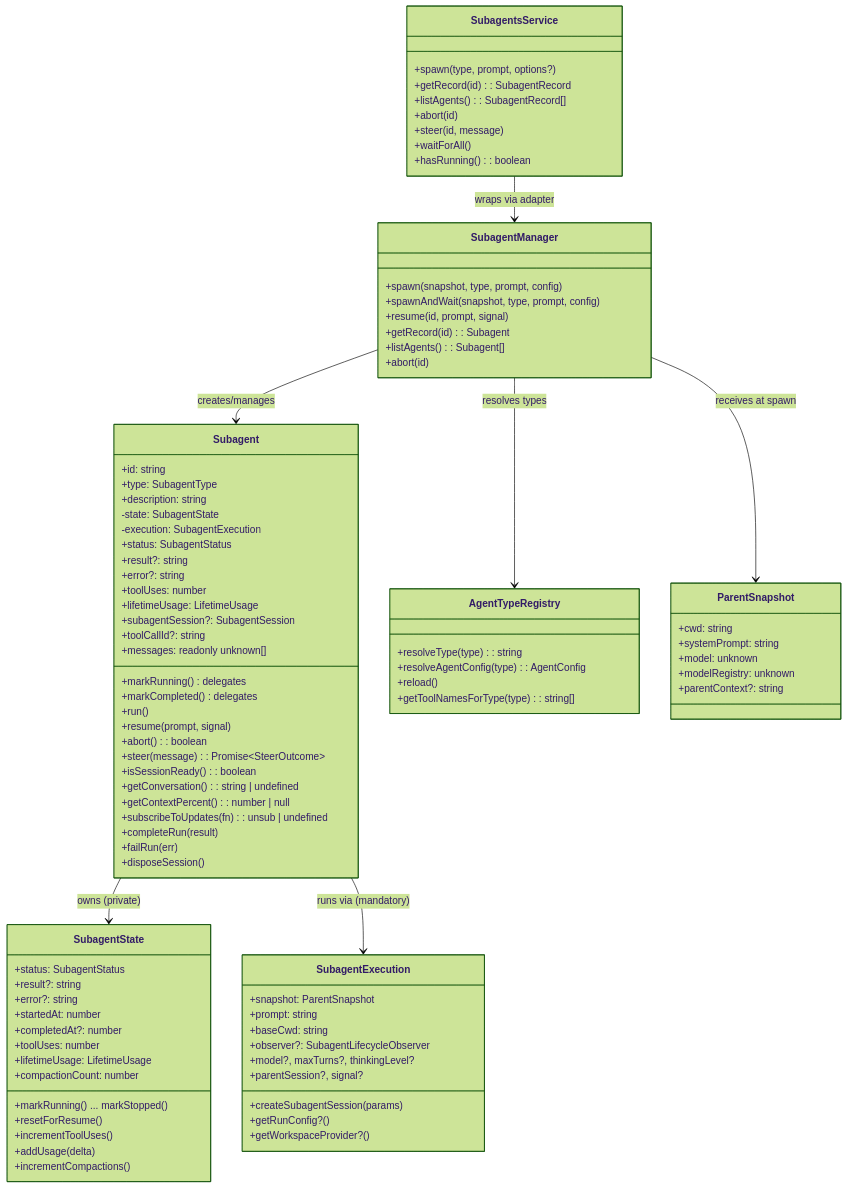
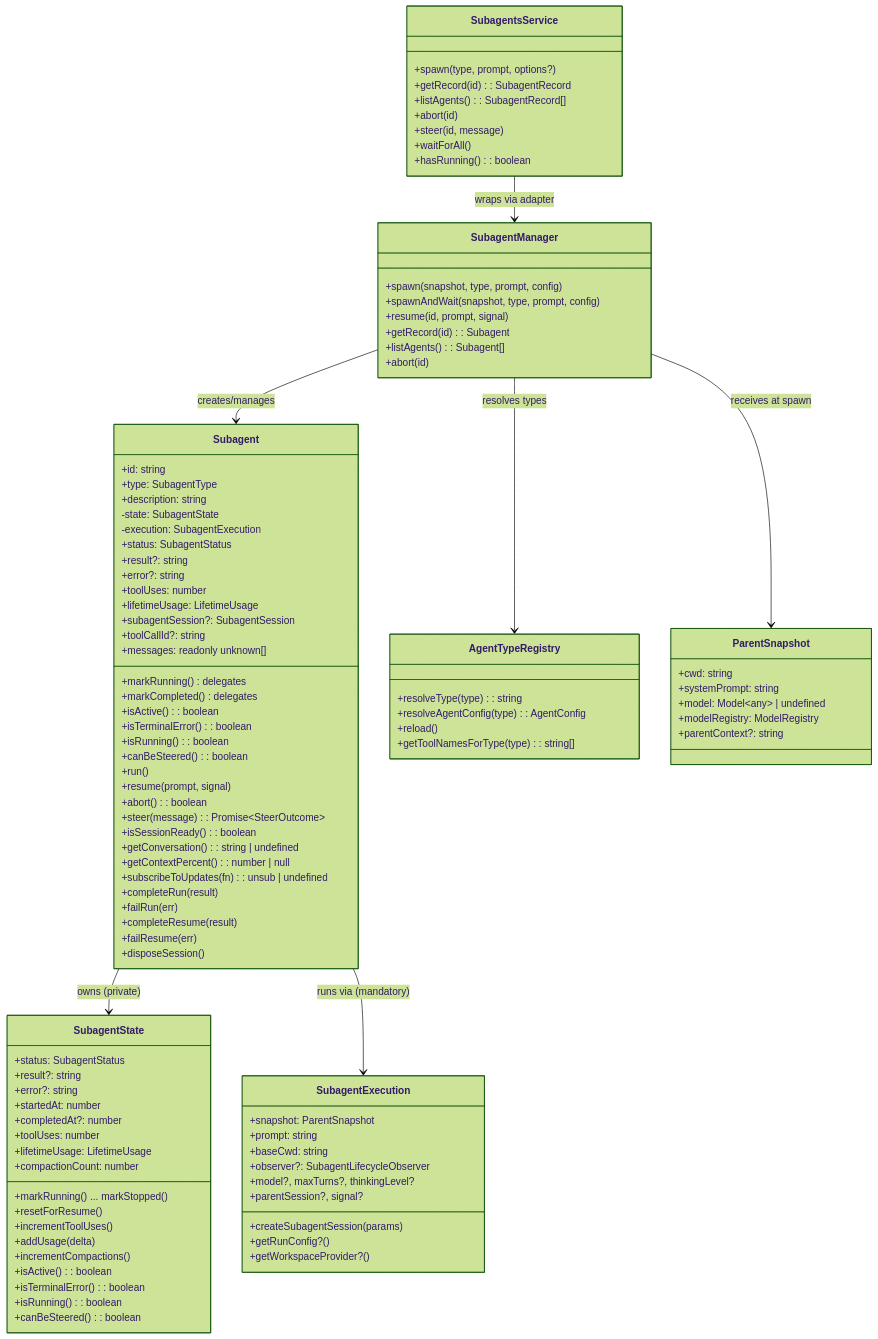
One commit to coderdkai/pi-packages changed the second of 5 diagrams in packages/pi-subagents/docs/architecture/architecture.md. Above: the diagram before and after it, drawn with Mermaid (forest theme). The commit also changed other lines of this file and 1 other file, not shown here.

```diff
--- a/packages/pi-subagents/docs/architecture/architecture.md
+++ b/packages/pi-subagents/docs/architecture/architecture.md
@@ -117,6 +117,10 @@
         +toolCallId?: string
         +markRunning() delegates
         +markCompleted() delegates
+        +isActive(): boolean
+        +isTerminalError(): boolean
+        +isRunning(): boolean
+        +canBeSteered(): boolean
         +run()
         +resume(prompt, signal)
         +abort(): boolean
@@ -128,6 +132,8 @@
         +messages: readonly unknown[]
         +completeRun(result)
         +failRun(err)
+        +completeResume(result)
+        +failResume(err)
         +disposeSession()
     }
 
@@ -145,6 +151,10 @@
         +incrementToolUses()
         +addUsage(delta)
         +incrementCompactions()
+        +isActive(): boolean
+        +isTerminalError(): boolean
+        +isRunning(): boolean
+        +canBeSteered(): boolean
     }
 
     class SubagentExecution {
@@ -178,8 +188,8 @@
     class ParentSnapshot {
         +cwd: string
         +systemPrompt: string
-        +model: unknown
-        +modelRegistry: unknown
+        +model: Model~any~ | undefined
+        +modelRegistry: ModelRegistry
         +parentContext?: string
     }
 
```
